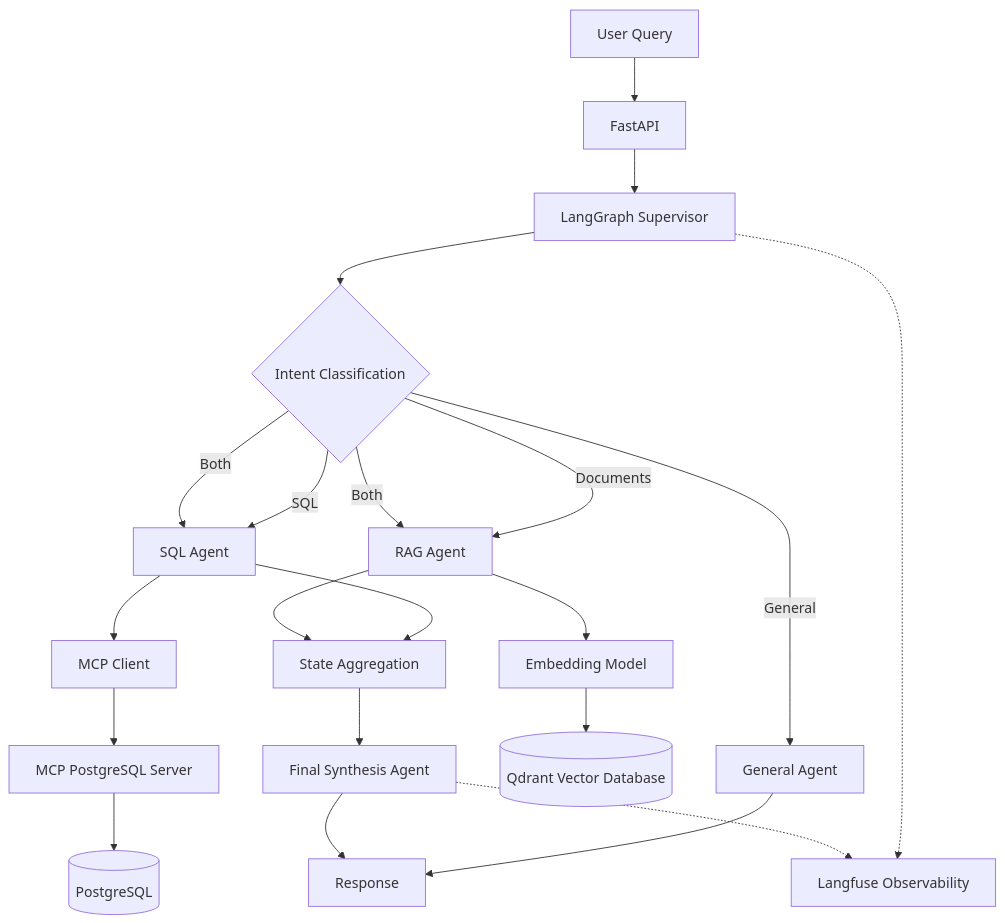
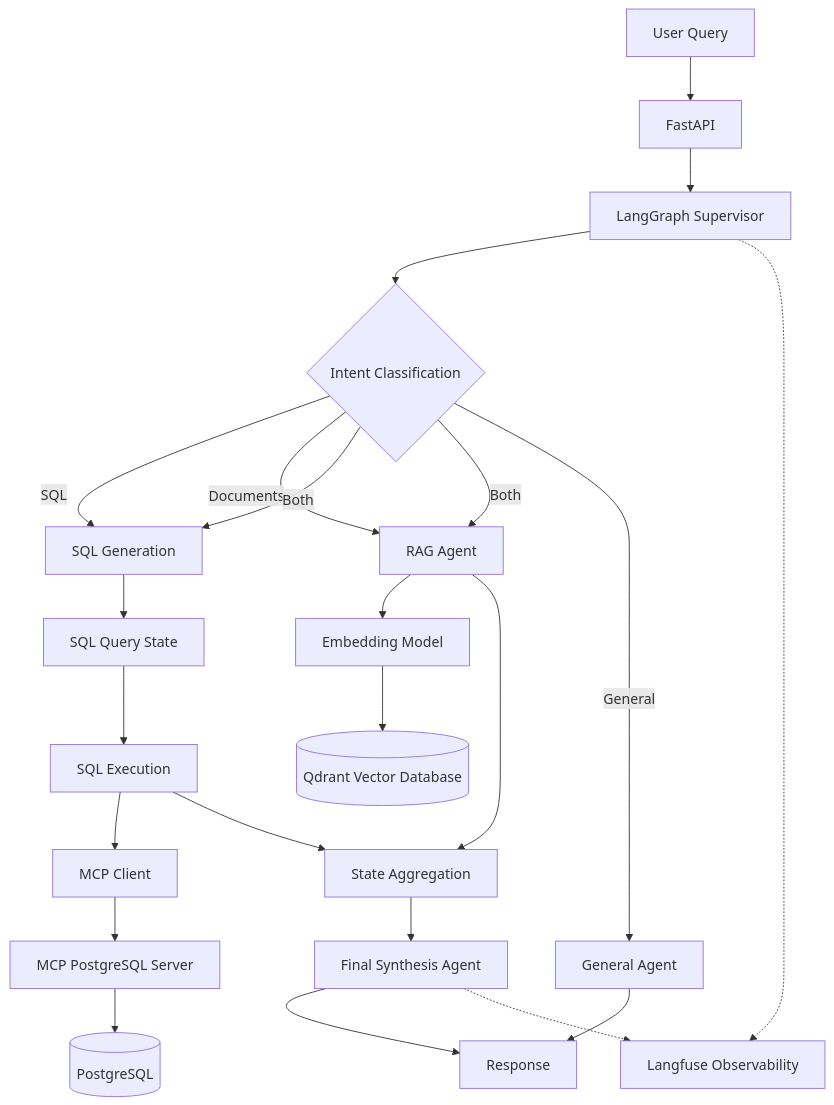
Before and after one commit to ajtiwari1/DataNexus-AI: the diagram in README.md, drawn with Mermaid. The commit also changed other lines of this file and 6 other files, not shown here.

````diff
--- a/README.md
+++ b/README.md
@@ -30,30 +30,32 @@
 ```mermaid
 flowchart TD
     A[User Query] --> B[FastAPI]
     B --> C[LangGraph Supervisor]
 
     C --> D{Intent Classification}
 
-    D -->|SQL| E[SQL Agent]
-    D -->|Documents| F[RAG Agent]
+    D -->|SQL| E[SQL Generation]
+    D -->|Documents| J[RAG Agent]
     D -->|Both| E
-    D -->|Both| F
-    D -->|General| G[General Agent]
+    D -->|Both| J
+    D -->|General| K[General Agent]
 
-    E --> H[MCP Client]
+    E --> F[SQL Query State]
+    F --> G[SQL Execution]
+    G --> H[MCP Client]
     H --> I[MCP PostgreSQL Server]
-    I --> J[(PostgreSQL)]
+    I --> L[(PostgreSQL)]
 
-    F --> K[Embedding Model]
-    K --> L[(Qdrant Vector Database)]
+    J --> M[Embedding Model]
+    M --> N[(Qdrant Vector Database)]
 
-    E --> M[State Aggregation]
-    F --> M
-    M --> N[Final Synthesis Agent]
+    G --> O[State Aggregation]
+    J --> O
+    O --> P[Final Synthesis Agent]
 
-    G --> O[Response]
-    N --> O
+    K --> Q[Response]
+    P --> Q
 
-    C -.-> P[Langfuse Observability]
-    N -.-> P
+    C -.-> R[Langfuse Observability]
+    P -.-> R
 ```
````
